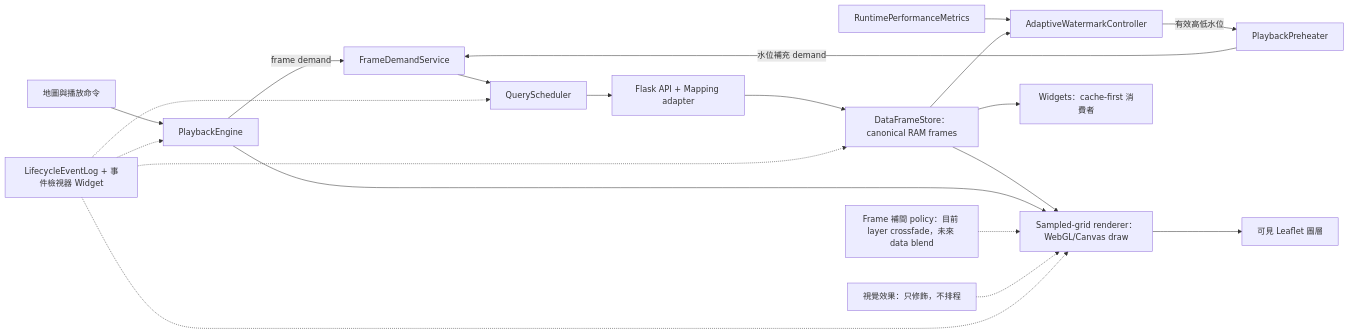
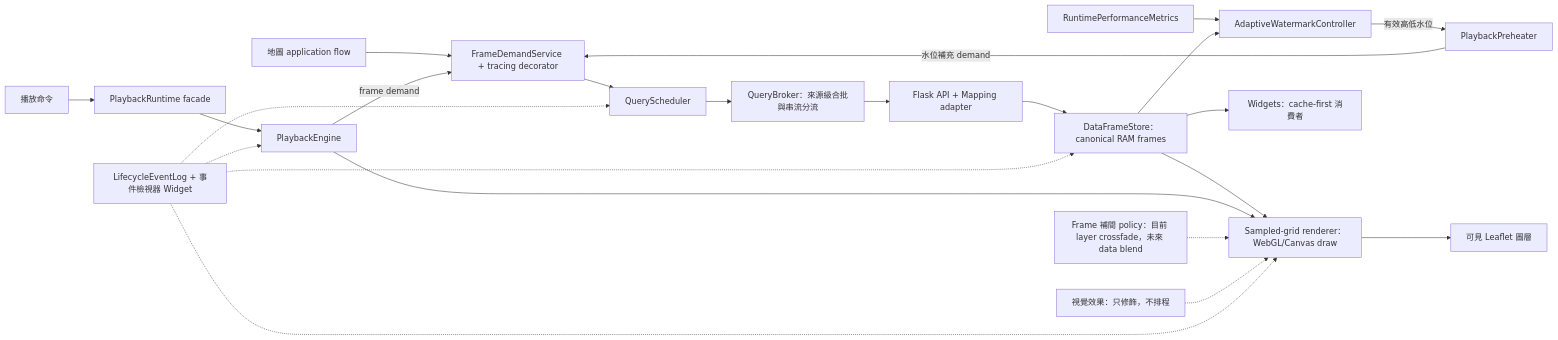
One commit to Kagamihara-Ruruka/gfw-flask-mysql-adapter changed the second of 5 diagrams in README.zh-TW.md. Above: the diagram before and after it, drawn with Mermaid. The commit also changed other lines of this file and 89 other files, not shown here.

Commit message:
Converge runtime mapping query and cache ownership

````diff
--- a/README.zh-TW.md
+++ b/README.zh-TW.md
@@ -223,22 +229,25 @@
 ```mermaid
 flowchart LR
-  UI["地圖與播放命令"] --> Engine["PlaybackEngine"]
-  Engine -->|"frame demand"| Demand["FrameDemandService"]
+  UI["播放命令"] --> Runtime["PlaybackRuntime facade"]
+  Runtime --> Engine["PlaybackEngine"]
+  MapApp["地圖 application flow"] --> Demand["FrameDemandService + tracing decorator"]
+  Engine -->|"frame demand"| Demand
   Preheater["PlaybackPreheater"] -->|"水位補充 demand"| Demand
   Metrics["RuntimePerformanceMetrics"] --> Watermark["AdaptiveWatermarkController"]
   Store --> Watermark
   Watermark -->|"有效高低水位"| Preheater
   Demand --> Scheduler["QueryScheduler"]
-  Scheduler --> Adapter["Flask API + Mapping adapter"]
+  Scheduler --> Broker["QueryBroker：來源級合批與串流分流"]
+  Broker --> Adapter["Flask API + Mapping adapter"]
   Adapter --> Store["DataFrameStore：canonical RAM frames"]
   Store --> Renderer["Sampled-grid renderer：WebGL/Canvas draw"]
   Store --> Widgets["Widgets：cache-first 消費者"]
   Engine --> Renderer
   Interp["Frame 補間 policy：目前 layer crossfade，未來 data blend"] -.-> Renderer
   Effects["視覺效果：只修飾，不排程"] -.-> Renderer
   Renderer --> Map["可見 Leaflet 圖層"]
   Events["LifecycleEventLog + 事件檢視器 Widget"] -.-> Engine
   Events -.-> Scheduler
   Events -.-> Store
   Events -.-> Renderer
 ```
````
